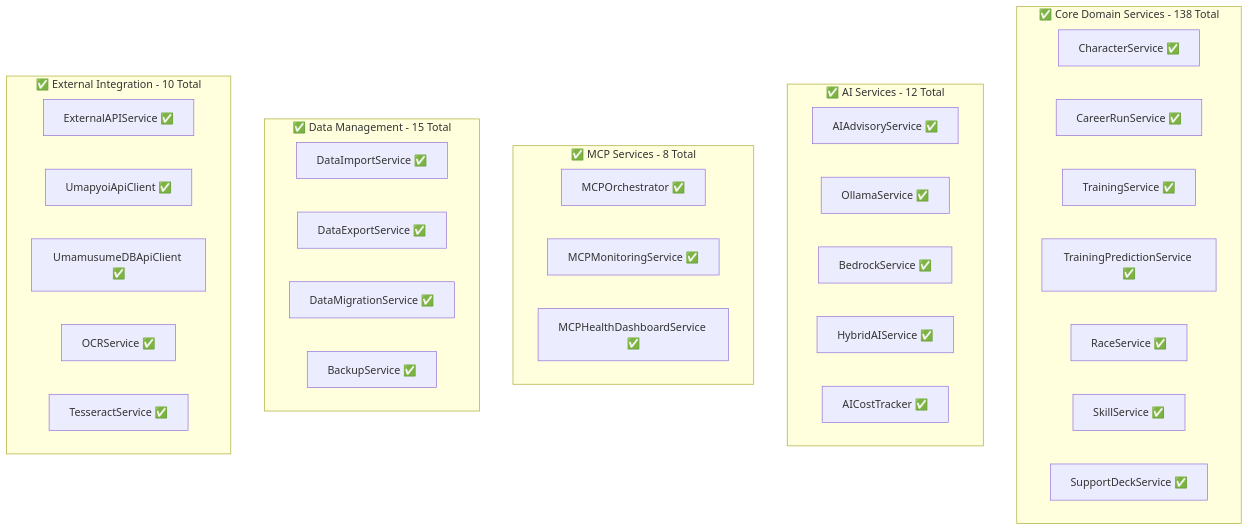
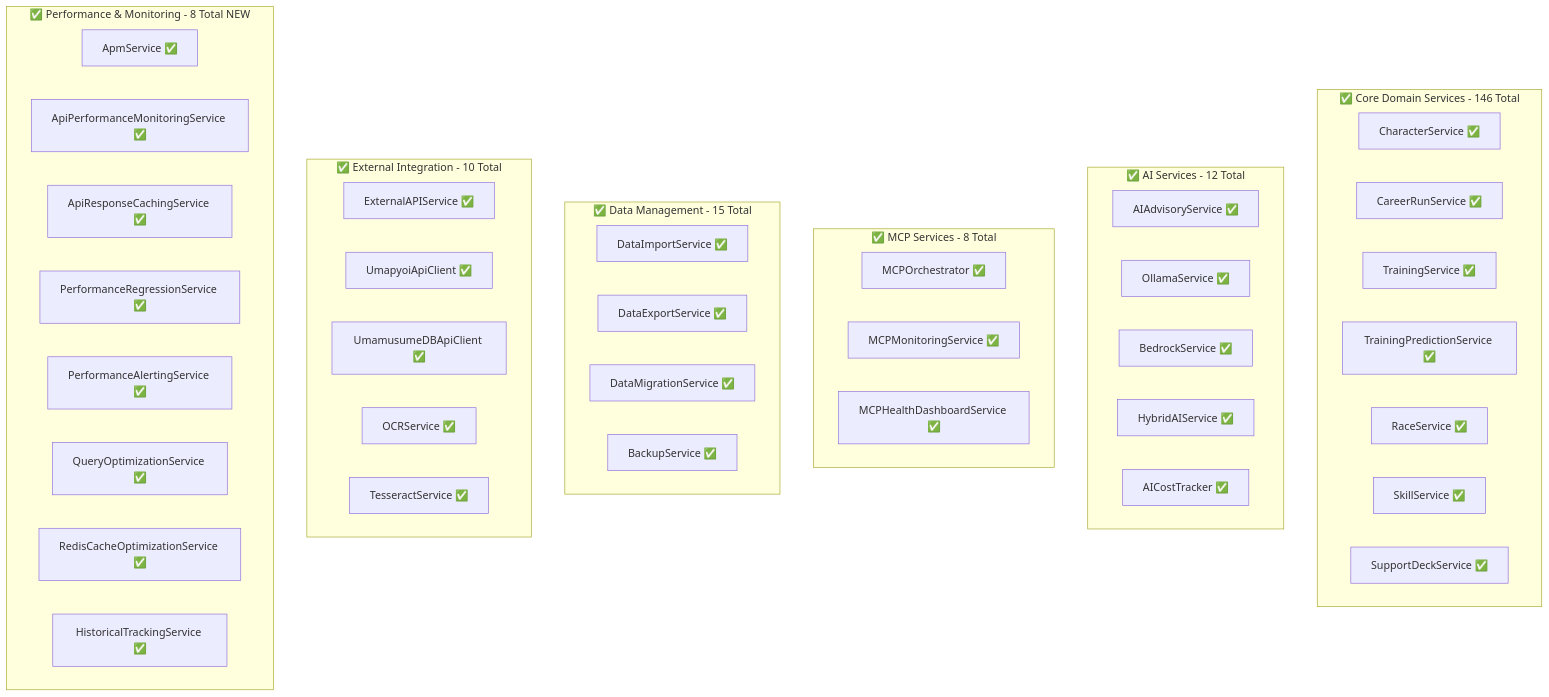
The sixth of 11 diagrams in docs/00-core-docs/000_IMPLEMENTATION_VERIFICATION_MATRIX.md (exatfrds67/umamusume-career-planner), drawn with Mermaid before and after one commit. The commit also changed other lines of this file and 18 other files, not shown here.

````diff
--- a/docs/00-core-docs/000_IMPLEMENTATION_VERIFICATION_MATRIX.md
+++ b/docs/00-core-docs/000_IMPLEMENTATION_VERIFICATION_MATRIX.md
@@ -343,41 +343,52 @@
 ```mermaid
 flowchart TD
-    subgraph CoreServices[✅ Core Domain Services - 138 Total]
+    subgraph CoreServices[✅ Core Domain Services - 146 Total]
         CharacterService[CharacterService ✅]
         CareerRunService[CareerRunService ✅]
         TrainingService[TrainingService ✅]
         PredictionService[TrainingPredictionService ✅]
         RaceService[RaceService ✅]
         SkillService[SkillService ✅]
         SupportDeckService[SupportDeckService ✅]
     end
     
     subgraph AIServices[✅ AI Services - 12 Total]
         AIAdvisory[AIAdvisoryService ✅]
         Ollama[OllamaService ✅]
         Bedrock[BedrockService ✅]
         HybridAI[HybridAIService ✅]
         CostTracker[AICostTracker ✅]
     end
     
     subgraph MCPServices[✅ MCP Services - 8 Total]
         MCPOrchestrator[MCPOrchestrator ✅]
         MCPMonitoring[MCPMonitoringService ✅]
         MCPHealth[MCPHealthDashboardService ✅]
     end
     
     subgraph DataServices[✅ Data Management - 15 Total]
         ImportService[DataImportService ✅]
         ExportService[DataExportService ✅]
         MigrationService[DataMigrationService ✅]
         BackupService[BackupService ✅]
     end
     
     subgraph ExternalServices[✅ External Integration - 10 Total]
         ExternalAPI[ExternalAPIService ✅]
         Umapyoi[UmapyoiApiClient ✅]
         UmamusumeDB[UmamusumeDBApiClient ✅]
         OCRService[OCRService ✅]
         TesseractService[TesseractService ✅]
     end
+    
+    subgraph PerformanceServices[✅ Performance & Monitoring - 8 Total NEW]
+        APM[ApmService ✅]
+        APIPerf[ApiPerformanceMonitoringService ✅]
+        APICaching[ApiResponseCachingService ✅]
+        PerfRegression[PerformanceRegressionService ✅]
+        PerfAlerting[PerformanceAlertingService ✅]
+        QueryOpt[QueryOptimizationService ✅]
+        RedisOpt[RedisCacheOptimizationService ✅]
+        Historical[HistoricalTrackingService ✅]
+    end
 ```
````
